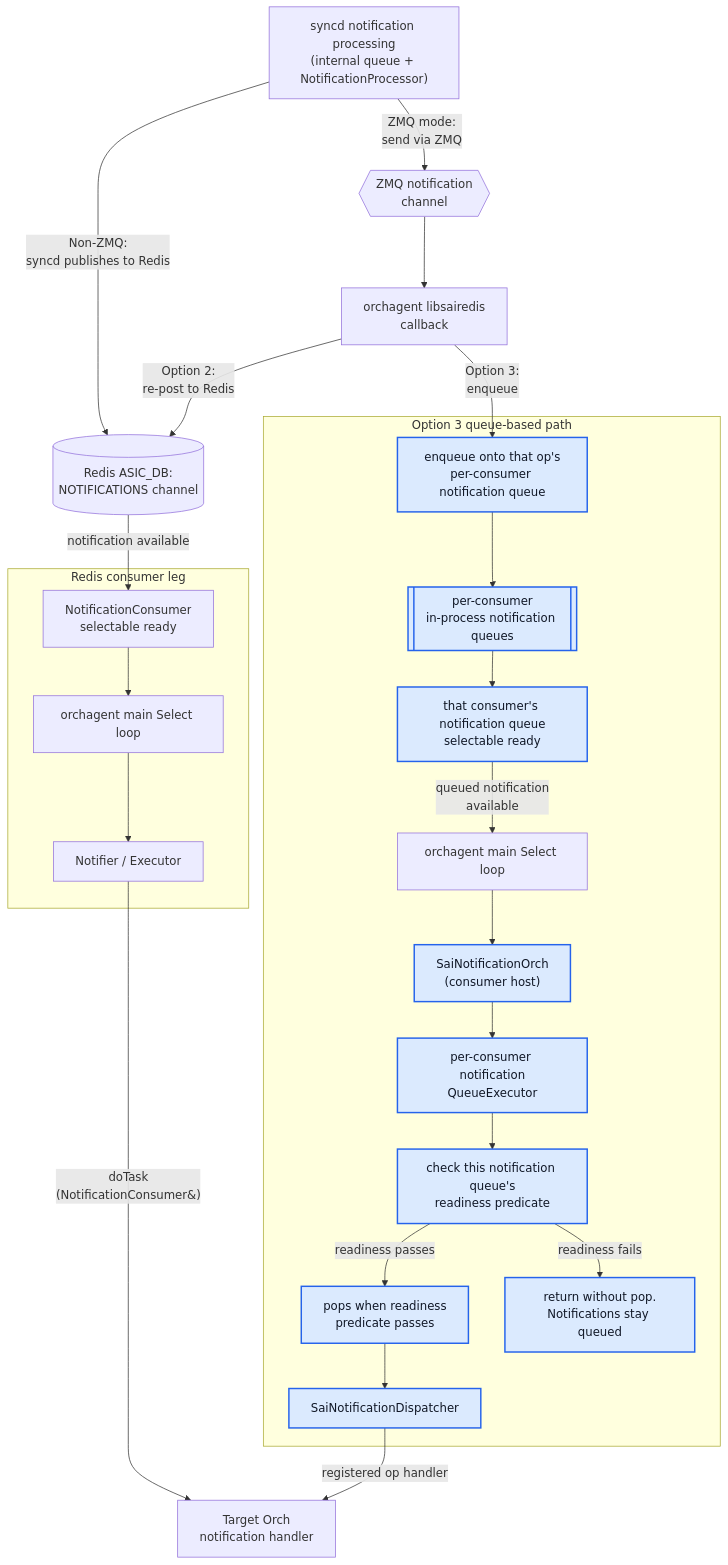
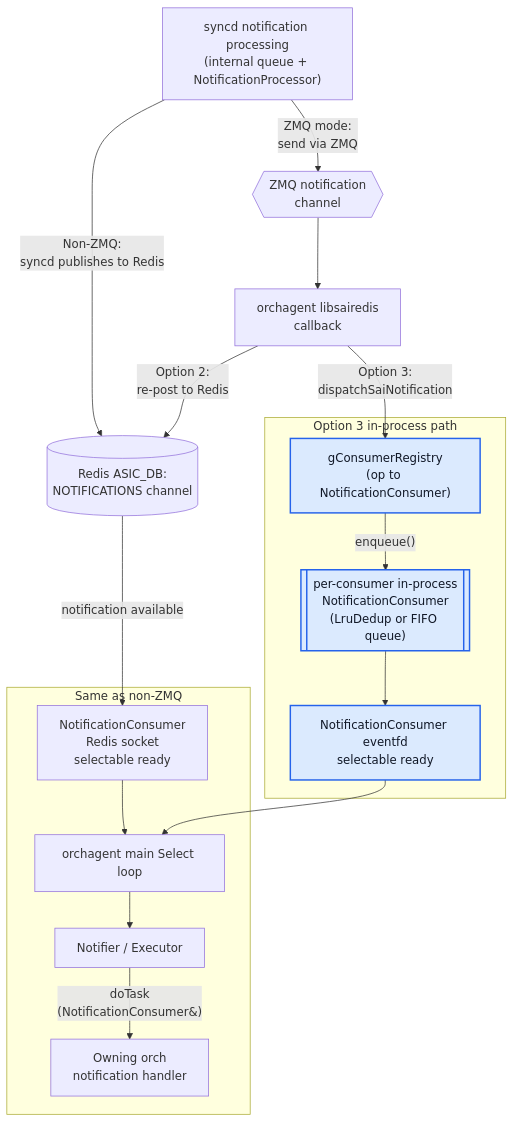
Before and after one commit to sonic-net/sonic-buildimage: the eighth of 10 diagrams in hld/zmq-southbound-sai-notification-handling.md, drawn with Mermaid. The commit also changed other lines of this file, not shown here.

First line of the commit message:
Update Option 3 HLD to use in-process NotificationConsumer

````diff
--- a/hld/zmq-southbound-sai-notification-handling.md
+++ b/hld/zmq-southbound-sai-notification-handling.md
@@ -544,54 +548,38 @@
 ```mermaid
 flowchart TD
     syncd["syncd notification processing<br/>(internal queue + NotificationProcessor)"]
     zmq{{"ZMQ notification<br/>channel"}}
     libsairedisCallback["orchagent libsairedis<br/>callback"]
 
     redisNotifications[("Redis ASIC_DB:<br/>NOTIFICATIONS channel")]
 
-    subgraph redisPath["Redis consumer leg"]
-        redisConsumerReady["NotificationConsumer<br/>selectable ready"]
-        redisMainLoop["orchagent main Select loop"]
-        notifier["Notifier / Executor"]
+    subgraph option3Path["Option 3 in-process path"]
+        opRegistry["gConsumerRegistry<br/>(op to NotificationConsumer)"]
+        inProcessConsumer[["per-consumer in-process<br/>NotificationConsumer<br/>(LruDedup or FIFO queue)"]]
+        inProcessReady["NotificationConsumer eventfd<br/>selectable ready"]
     end
 
-    subgraph option3Path["Option 3 queue-based path"]
-        enqueueNotify["enqueue onto that op's<br/>per-consumer notification queue"]
-        notificationQueue[["per-consumer<br/>in-process notification queues"]]
-        queueSelectableReady["that consumer's notification queue<br/>selectable ready"]
-        option3MainLoop["orchagent main Select loop"]
-        saiNotificationOrch["SaiNotificationOrch<br/>(consumer host)"]
-        queueExecutor["per-consumer notification<br/>QueueExecutor"]
-        headPredicate["check this notification queue's<br/>readiness predicate"]
-        queueDrain["pops when readiness<br/>predicate passes"]
-        stayQueued["return without pop.<br/>Notifications stay queued"]
-        dispatcher["SaiNotificationDispatcher"]
+    subgraph consumerLeg["Same as non-ZMQ"]
+        redisConsumerReady["NotificationConsumer<br/>Redis socket<br/>selectable ready"]
+        mainLoop["orchagent main Select loop"]
+        notifier["Notifier / Executor"]
+        targetHandler["Owning orch<br/>notification handler"]
     end
-
-    targetHandler["Target Orch<br/>notification handler"]
 
     syncd -->|"Non-ZMQ:<br/>syncd publishes to Redis"| redisNotifications
     syncd -->|"ZMQ mode:<br/>send via ZMQ"| zmq
     zmq --> libsairedisCallback
     libsairedisCallback -->|"Option 2:<br/>re-post to Redis"| redisNotifications
-    libsairedisCallback -->|"Option 3:<br/>enqueue"| enqueueNotify
+    libsairedisCallback -->|"Option 3:<br/>dispatchSaiNotification"| opRegistry
+    opRegistry -->|"enqueue()"| inProcessConsumer
+    inProcessConsumer --> inProcessReady
 
     redisNotifications -->|"notification available"| redisConsumerReady
-    redisConsumerReady --> redisMainLoop
-    redisMainLoop --> notifier
+    redisConsumerReady --> mainLoop
+    inProcessReady --> mainLoop
+    mainLoop --> notifier
     notifier -->|"doTask<br/>(NotificationConsumer&)"| targetHandler
 
-    enqueueNotify --> notificationQueue
-    notificationQueue --> queueSelectableReady
-    queueSelectableReady -->|"queued notification<br/>available"| option3MainLoop
-    option3MainLoop --> saiNotificationOrch
-    saiNotificationOrch --> queueExecutor
-    queueExecutor --> headPredicate
-    headPredicate -->|"readiness passes"| queueDrain
-    headPredicate -->|"readiness fails"| stayQueued
-    queueDrain --> dispatcher
-    dispatcher -->|"registered op handler"| targetHandler
-
     classDef option3New fill:#dbeafe,stroke:#2563eb,stroke-width:2px,color:#111827
-    class enqueueNotify,notificationQueue,queueSelectableReady,saiNotificationOrch,queueExecutor,headPredicate,queueDrain,stayQueued,dispatcher option3New
+    class opRegistry,inProcessConsumer,inProcessReady option3New
 ```
````
